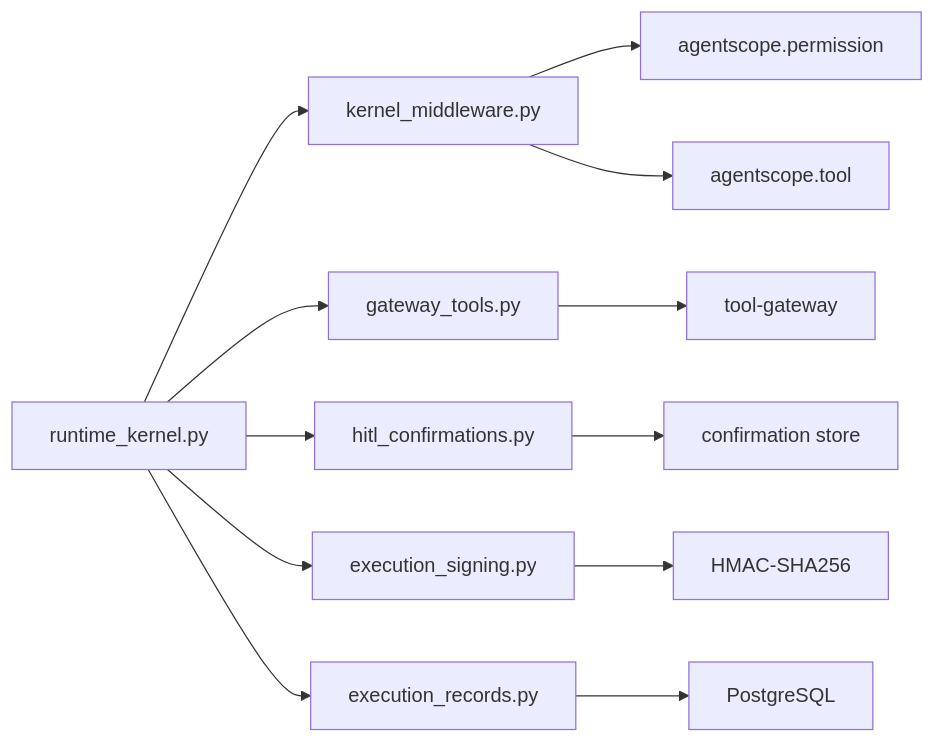
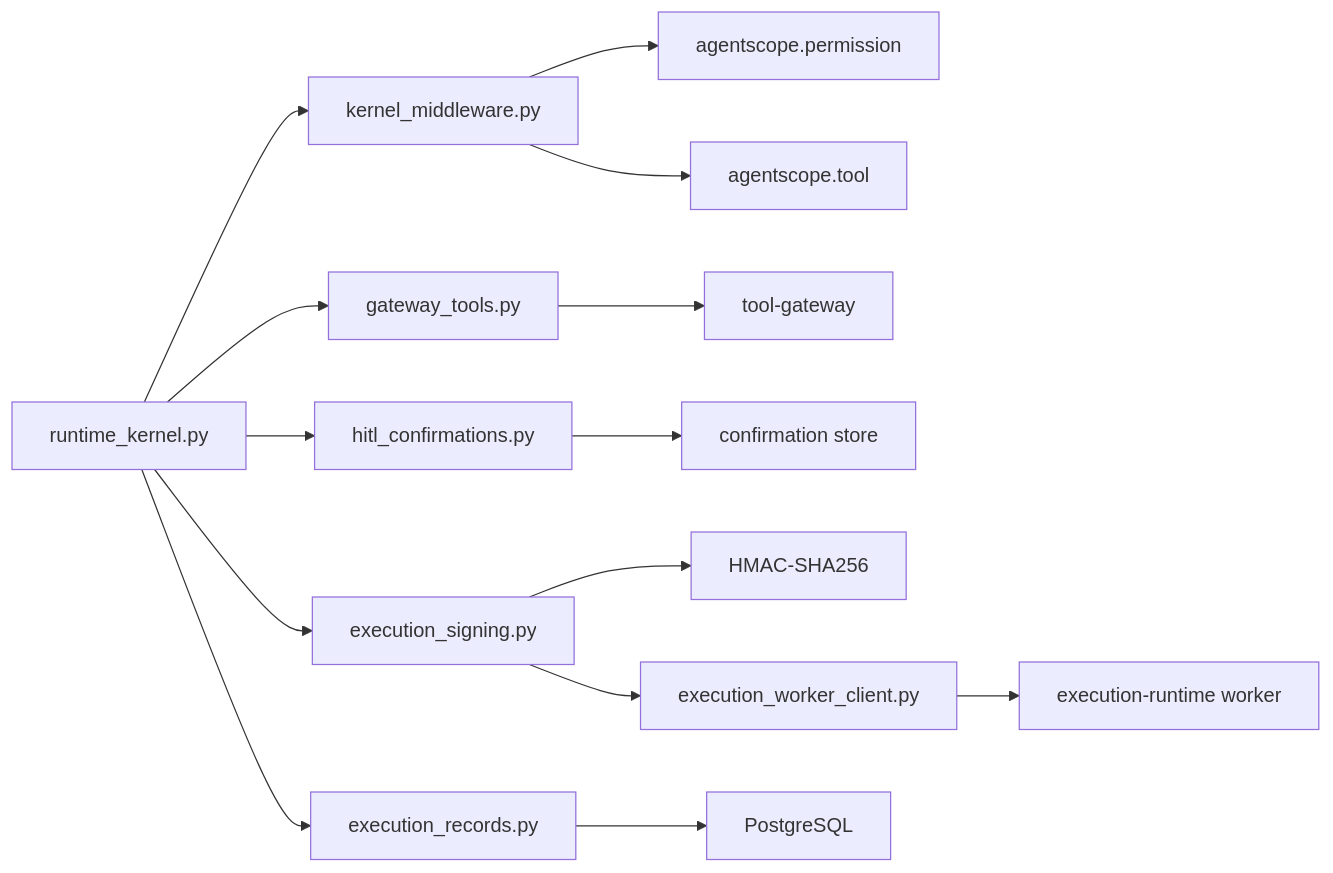
One commit to metasync/luban-aiops changed the ninth of 9 diagrams in .qoder/repowiki/en/content/Architecture Documentation/Execution Runtime Spike.md. Above: the diagram before and after it, drawn with Mermaid. The commit also changed other lines of this file and 5 other files, not shown here.

````diff
--- a/.qoder/repowiki/en/content/Architecture Documentation/Execution Runtime Spike.md
+++ b/.qoder/repowiki/en/content/Architecture Documentation/Execution Runtime Spike.md
@@ -293,14 +365,16 @@
 ```mermaid
 graph LR
 RK["runtime_kernel.py"] --> MW["kernel_middleware.py"]
 RK --> GT["gateway_tools.py"]
 RK --> HC["hitl_confirmations.py"]
 RK --> ES["execution_signing.py"]
 RK --> ER["execution_records.py"]
 MW --> AG["agentscope.permission"]
 MW --> AE["agentscope.tool"]
 GT --> TG["tool-gateway"]
 HC --> STORE["confirmation store"]
 ES --> CRYPTO["HMAC-SHA256"]
 ER --> DB["PostgreSQL"]
+ES --> EW["execution_worker_client.py"]
+EW --> WORKER["execution-runtime worker"]
 ```
````
